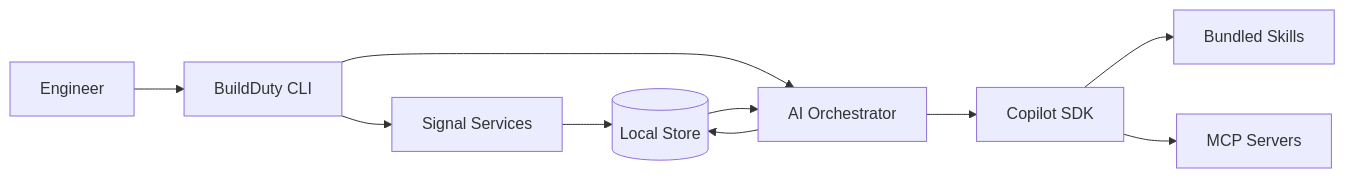
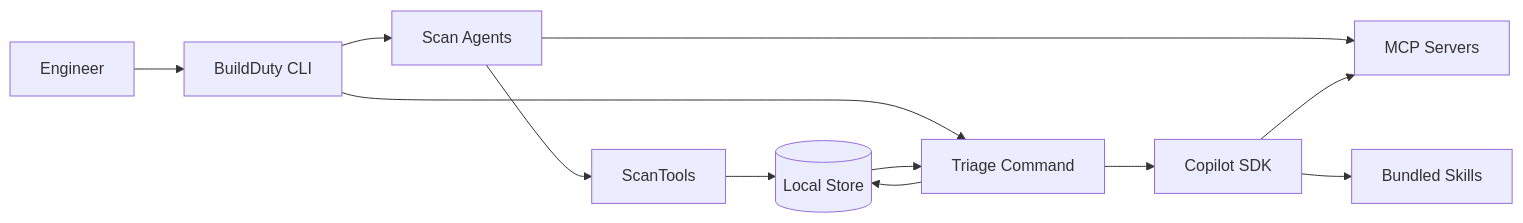
The first of 2 diagrams in docs/design-doc.md (ellahathaway/build-duty), drawn with Mermaid before and after one commit. The commit also changed other lines of this file and 39 other files, not shown here.

Commit message:
Hybrid scan: deterministic collection + AI triage

````diff
--- a/docs/design-doc.md
+++ b/docs/design-doc.md
@@ -60,13 +62,15 @@
 ```mermaid
 flowchart LR
   User[Engineer] --> CLI[BuildDuty CLI]
-  CLI --> SignalService[Signal Services]
-  SignalService --> Store[(Local Store)]
+  CLI --> Scan[Scan Agents]
+  Scan --> MCP[MCP Servers]
+  Scan --> ScanTools[ScanTools]
+  ScanTools --> Store[(Local Store)]
 
-  CLI --> AI[AI Orchestrator]
-  AI --> Copilot[Copilot SDK]
+  CLI --> Triage[Triage Command]
+  Triage --> Copilot[Copilot SDK]
   Copilot --> Skills[Bundled Skills]
-  Copilot --> MCP[MCP Servers]
-  Store --> AI
-  AI --> Store
+  Copilot --> MCP
+  Store --> Triage
+  Triage --> Store
 ```
````
